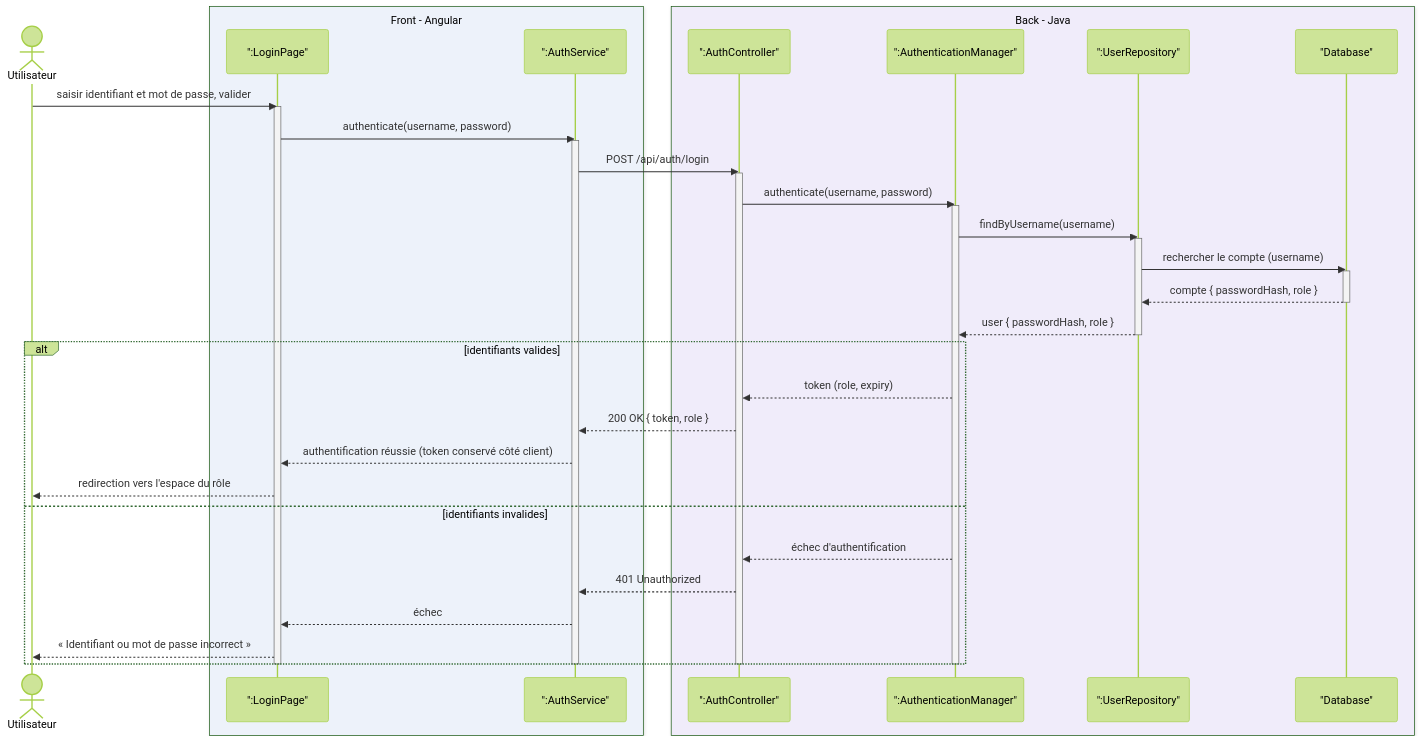
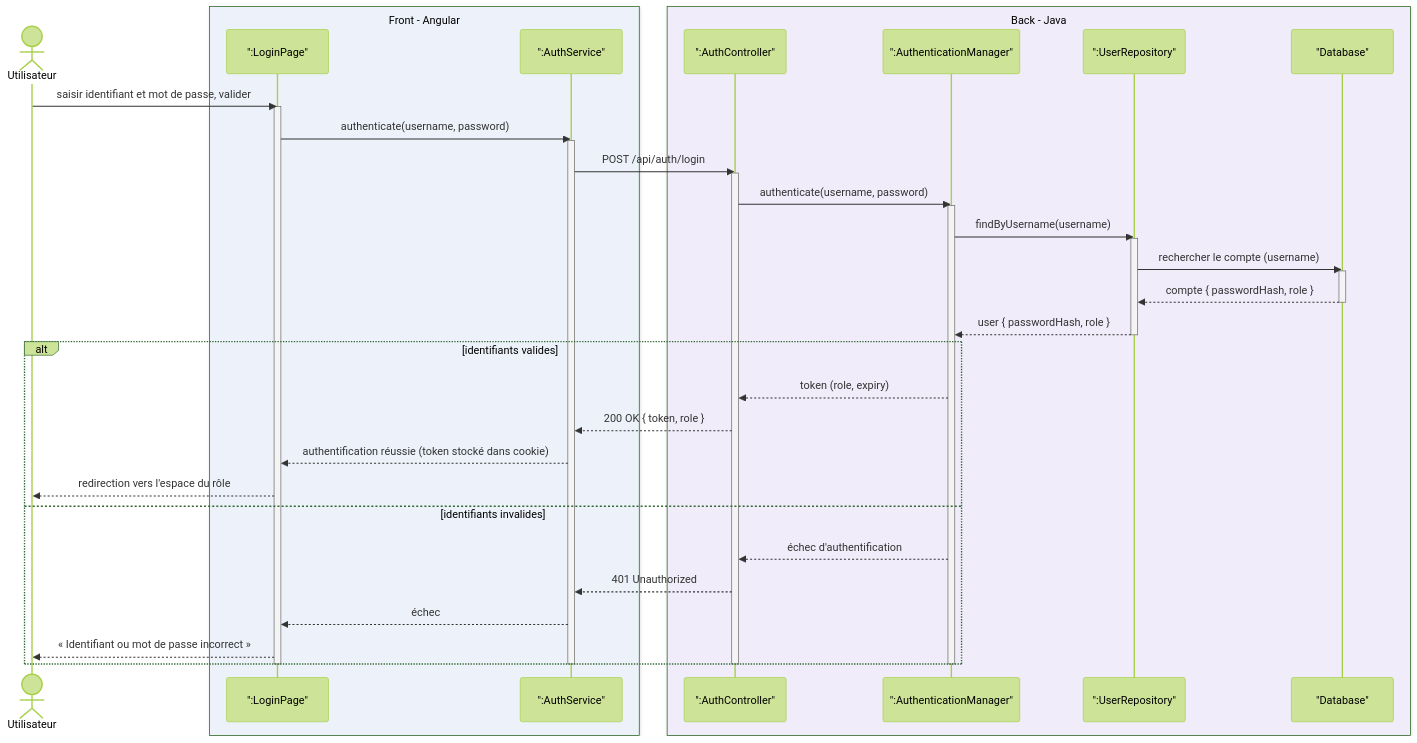
The diagram in docs/diagrams/sequence-diagram-login.md (formavenir-cda/FormaGest), drawn with Mermaid (forest theme) before and after one commit. The commit also changed 1 other file, not shown here.

Commit message:
📝 Update sequence diagram and use case

````diff
--- a/docs/diagrams/sequence-diagram-login.md
+++ b/docs/diagrams/sequence-diagram-login.md
@@ -3,48 +3,48 @@
 ```mermaid
 sequenceDiagram
     actor User as Utilisateur
     box rgb(237,242,250) Front - Angular
     participant LP as ":LoginPage"
     participant AS as ":AuthService"
     end
     box rgb(240,236,250) Back - Java
     participant AC as ":AuthController"
     participant AM as ":AuthenticationManager"
     participant UR as ":UserRepository"
     participant DB as "Database"
     end
 
     User->>LP: saisir identifiant et mot de passe, valider
     activate LP
     LP->>AS: authenticate(username, password)
     activate AS
     AS->>AC: POST /api/auth/login
     activate AC
     AC->>AM: authenticate(username, password)
     activate AM
     AM->>UR: findByUsername(username)
     activate UR
     UR->>DB: rechercher le compte (username)
     activate DB
     DB-->>UR: compte { passwordHash, role }
     deactivate DB
     UR-->>AM: user { passwordHash, role }
     deactivate UR
 
     alt identifiants valides
         AM-->>AC: token (role, expiry)
         AC-->>AS: 200 OK { token, role }
-        AS-->>LP: authentification réussie (token conservé côté client)
+        AS-->>LP: authentification réussie (token stocké dans cookie)
         LP-->>User: redirection vers l'espace du rôle
     else identifiants invalides
         AM-->>AC: échec d'authentification
         AC-->>AS: 401 Unauthorized
         AS-->>LP: échec
         LP-->>User: « Identifiant ou mot de passe incorrect »
     end
 
     deactivate AM
     deactivate AC
     deactivate AS
     deactivate LP
 ```
````
